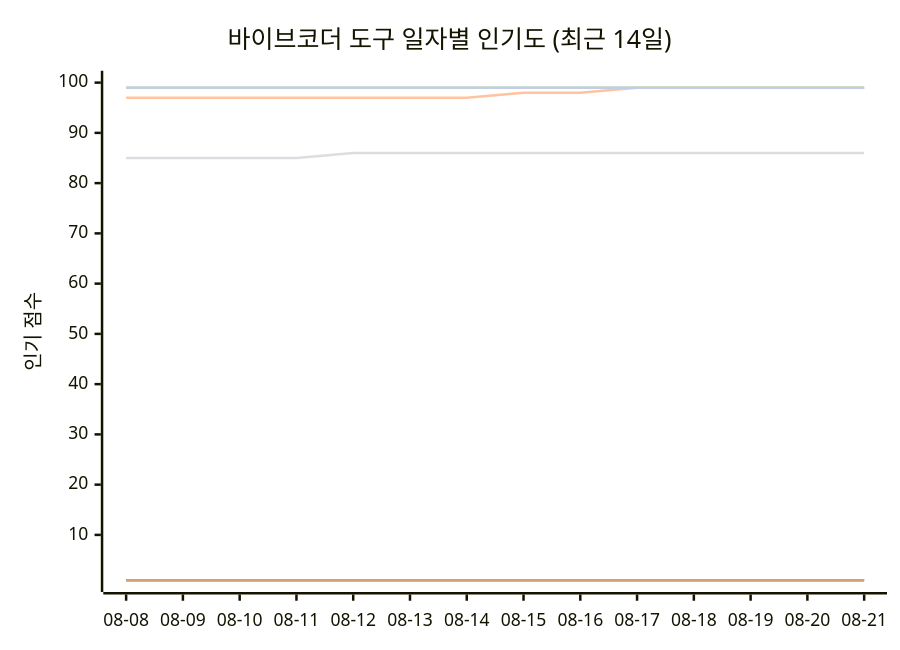
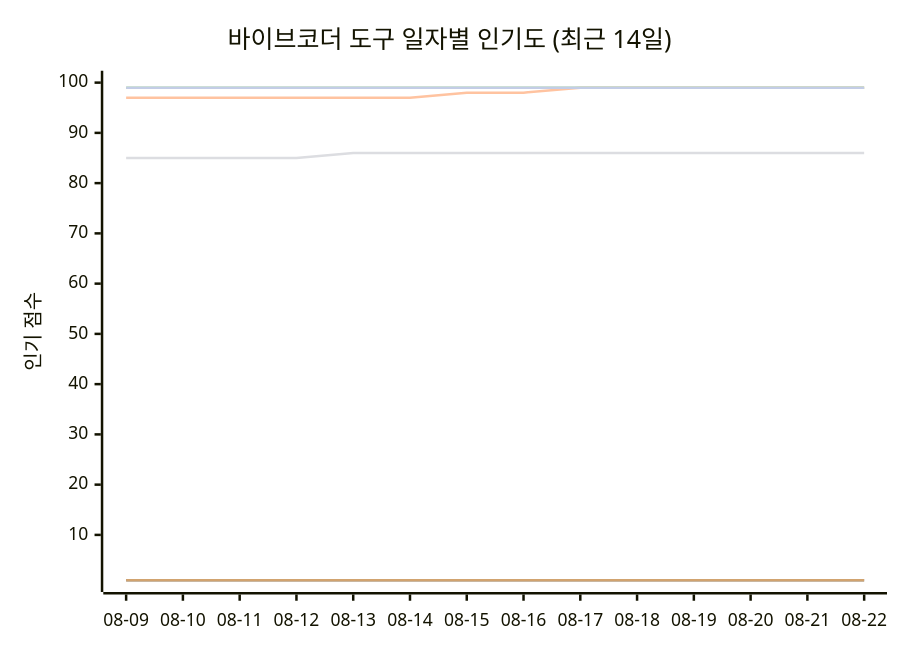
The seventh of 11 diagrams in README_ko.md (tykimos/ai-whatchelin), drawn with Mermaid before and after one commit. The commit also changed other lines of this file and 4 other files, not shown here.

````diff
--- a/README_ko.md
+++ b/README_ko.md
@@ -2277,13 +2277,13 @@
 ```mermaid
 xychart-beta
     title "바이브코더 도구 일자별 인기도 (최근 14일)"
-    x-axis ["08-08", "08-09", "08-10", "08-11", "08-12", "08-13", "08-14", "08-15", "08-16", "08-17", "08-18", "08-19", "08-20", "08-21"]
+    x-axis ["08-09", "08-10", "08-11", "08-12", "08-13", "08-14", "08-15", "08-16", "08-17", "08-18", "08-19", "08-20", "08-21", "08-22"]
     y-axis "인기 점수" 1 --> 100
     line "Claude Code" [99, 99, 99, 99, 99, 99, 99, 99, 99, 99, 99, 99, 99, 99]
     line "GH Copilot" [1, 1, 1, 1, 1, 1, 1, 1, 1, 1, 1, 1, 1, 1]
-    line "Cursor" [97, 97, 97, 97, 97, 97, 97, 98, 98, 99, 99, 99, 99, 99]
+    line "Cursor" [97, 97, 97, 97, 97, 97, 98, 98, 99, 99, 99, 99, 99, 99]
     line "Windsurf" [85, 85, 85, 85, 86, 86, 86, 86, 86, 86, 86, 86, 86, 86]
     line "Codex CLI" [99, 99, 99, 99, 99, 99, 99, 99, 99, 99, 99, 99, 99, 99]
     line "Gemini CLI" [1, 1, 1, 1, 1, 1, 1, 1, 1, 1, 1, 1, 1, 1]
     line "Antigravity" [99, 99, 99, 99, 99, 99, 99, 99, 99, 99, 99, 99, 99, 99]
 ```
````
